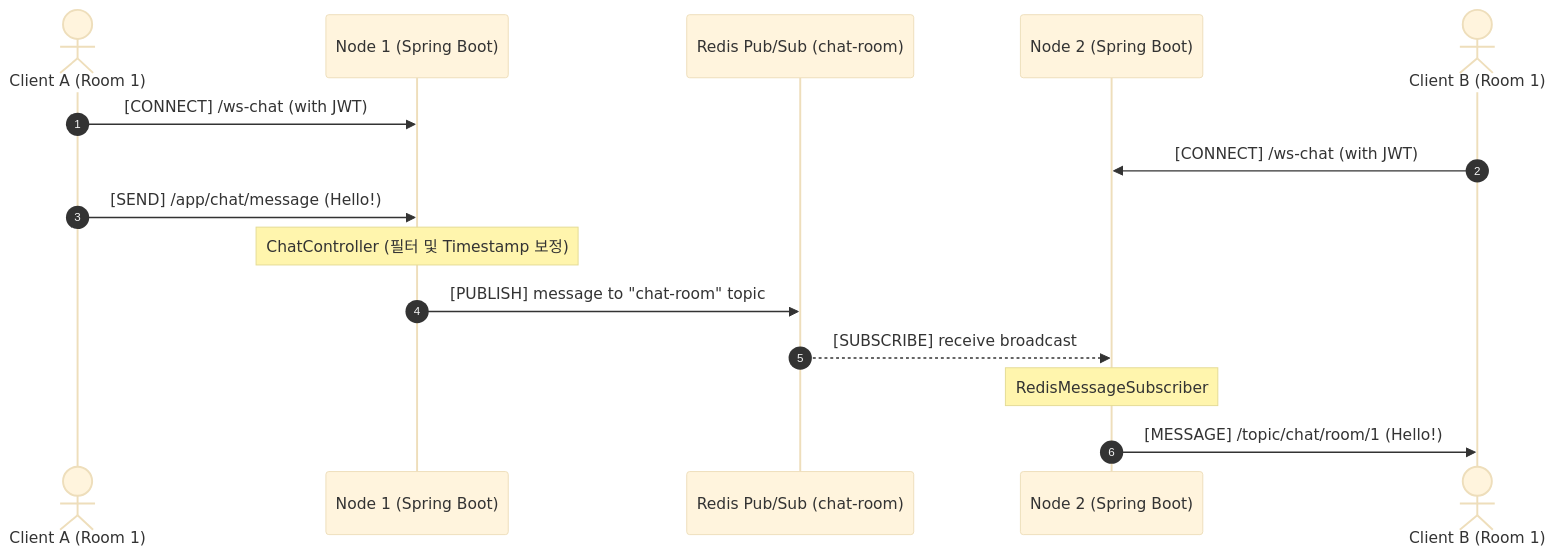
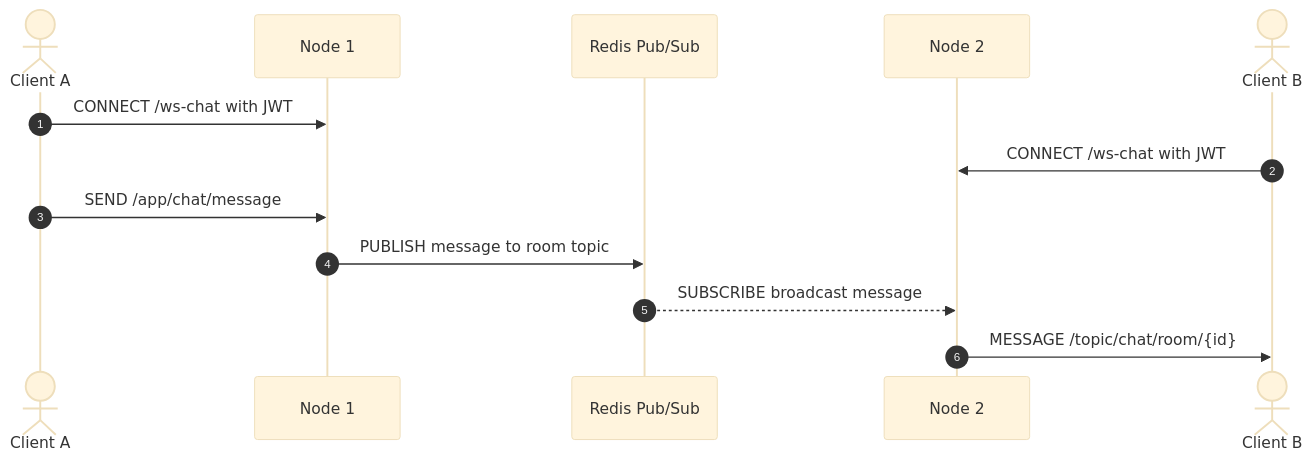
The first of 2 diagrams in README.md (hooneyg/realtime-comm-lab), drawn with Mermaid (base theme) before and after one commit. The commit also changed other lines of this file and 1 other file, not shown here.

````diff
--- a/README.md
+++ b/README.md
@@ -36,19 +42,16 @@
 ```mermaid
 sequenceDiagram
     autonumber
-    actor C1 as Client A (Room 1)
-    participant N1 as Node 1 (Spring Boot)
-    participant Redis as Redis Pub/Sub (chat-room)
-    participant N2 as Node 2 (Spring Boot)
-    actor C2 as Client B (Room 1)
+    actor C1 as Client A
+    participant N1 as Node 1
+    participant Redis as Redis Pub/Sub
+    participant N2 as Node 2
+    actor C2 as Client B
 
-    C1->>N1: [CONNECT] /ws-chat (with JWT)
-    C2->>N2: [CONNECT] /ws-chat (with JWT)
-    
-    C1->>N1: [SEND] /app/chat/message (Hello!)
-    Note over N1: ChatController (필터 및 Timestamp 보정)
-    N1->>Redis: [PUBLISH] message to "chat-room" topic
-    Redis-->>N2: [SUBSCRIBE] receive broadcast
-    Note over N2: RedisMessageSubscriber
-    N2->>C2: [MESSAGE] /topic/chat/room/1 (Hello!)
+    C1->>N1: CONNECT /ws-chat with JWT
+    C2->>N2: CONNECT /ws-chat with JWT
+    C1->>N1: SEND /app/chat/message
+    N1->>Redis: PUBLISH message to room topic
+    Redis-->>N2: SUBSCRIBE broadcast message
+    N2->>C2: MESSAGE /topic/chat/room/{id}
 ```
````
